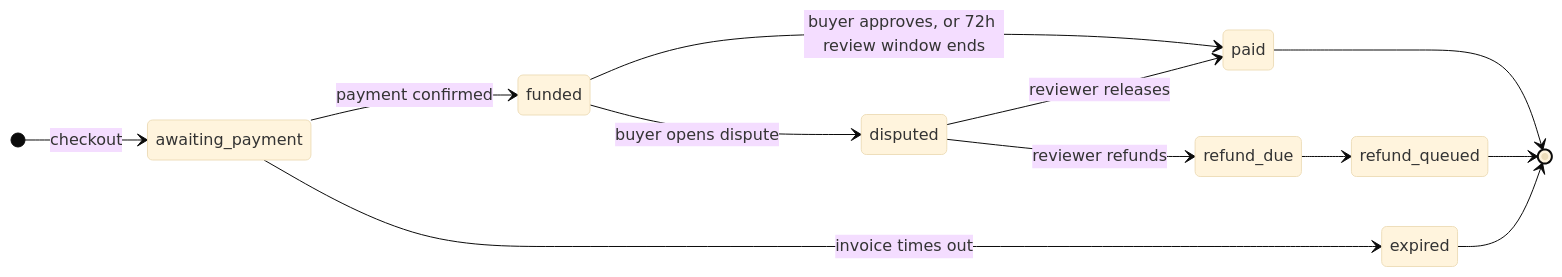
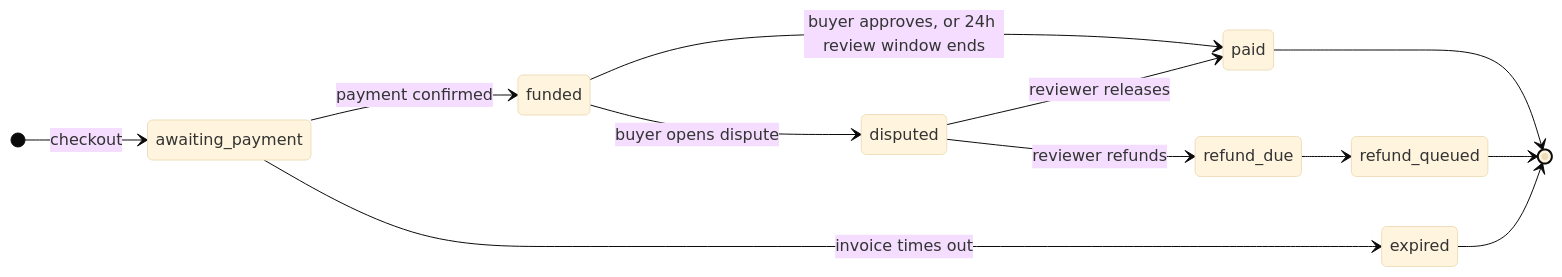
Before and after one commit to Timioni001/Gallery-Arcana: the second of 3 diagrams in README.md, drawn with Mermaid (base theme). The commit also changed other lines of this file and 7 other files, not shown here.

First line of the commit message:
Shorten escrow: 24-hour review window, 7-day dispute decision

````diff
--- a/README.md
+++ b/README.md
@@ -100,15 +100,15 @@
 ```mermaid
 stateDiagram-v2
     direction LR
     [*] --> awaiting_payment: checkout
     awaiting_payment --> expired: invoice times out
     awaiting_payment --> funded: payment confirmed
-    funded --> paid: buyer approves, or 72h review window ends
+    funded --> paid: buyer approves, or 24h review window ends
     funded --> disputed: buyer opens dispute
     disputed --> paid: reviewer releases
     disputed --> refund_due: reviewer refunds
     refund_due --> refund_queued
     paid --> [*]
     refund_queued --> [*]
     expired --> [*]
 ```
````
